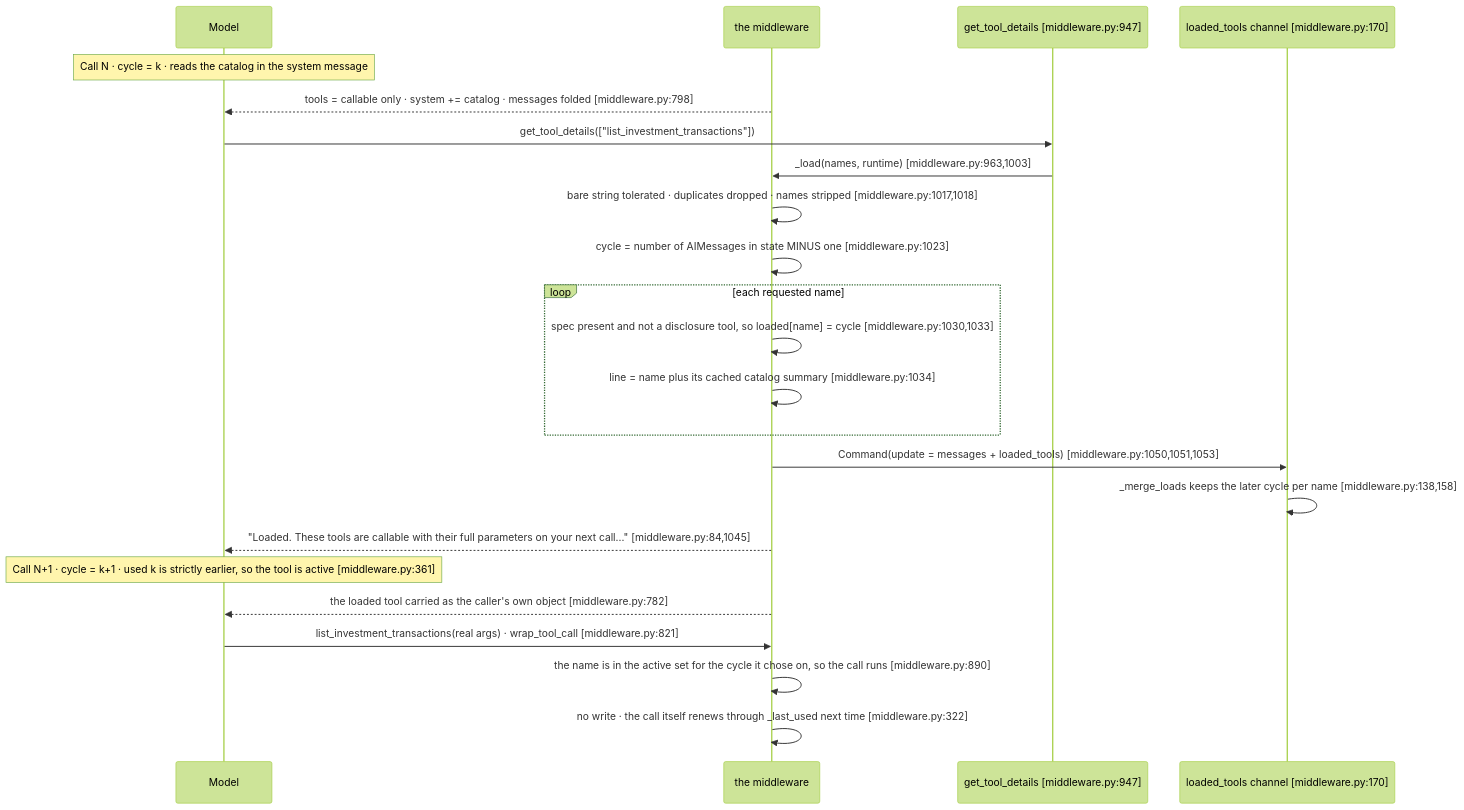
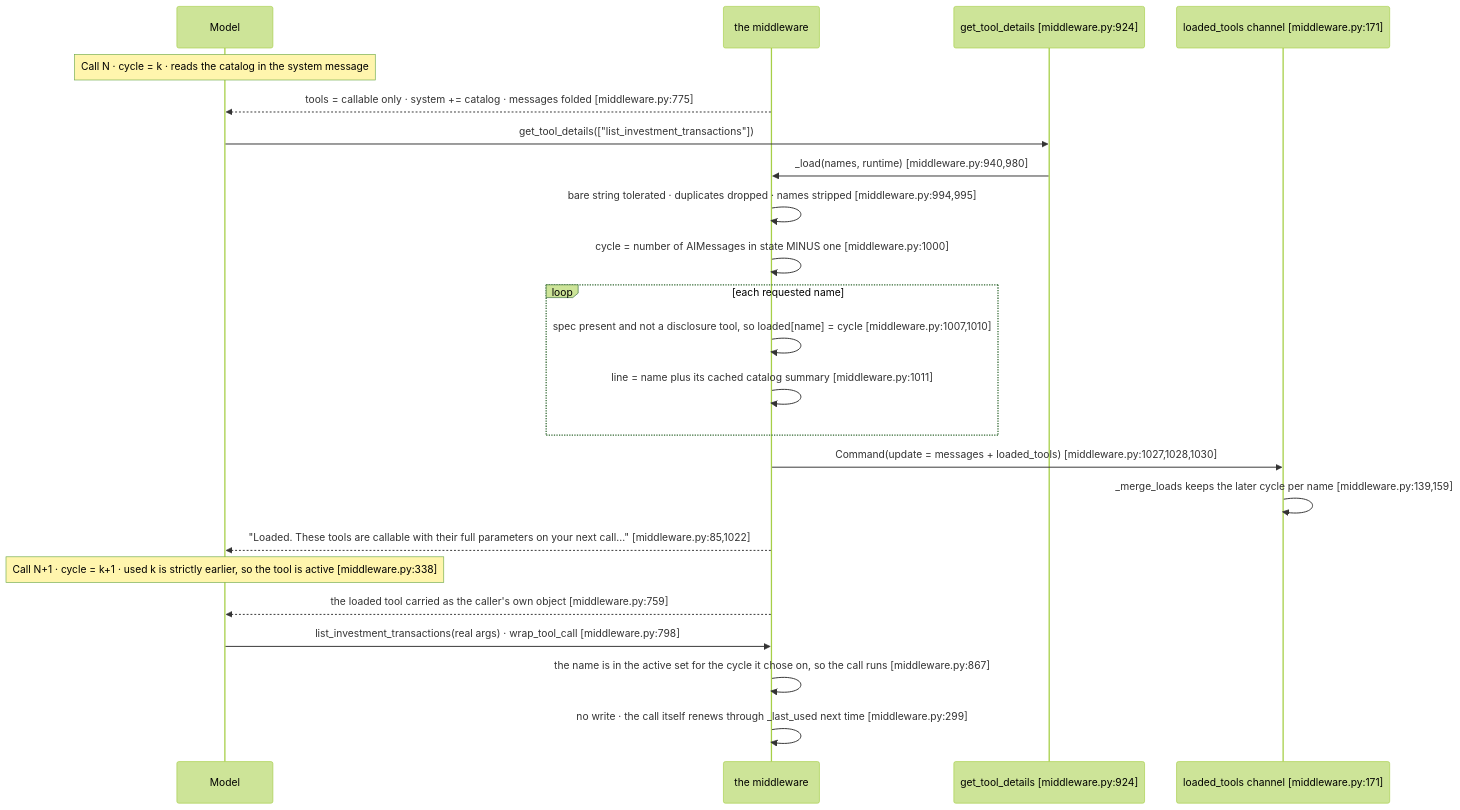
One commit to aws-samples/sample-context-engineering changed the fourth of 7 diagrams in docs/design/sequence/langgraph/sequence-b-disclosure.md. Above: the diagram before and after it, drawn with Mermaid (forest theme). The commit also changed other lines of this file and 3 other files, not shown here.

First line of the commit message:
docs(langgraph): re-point the sequence-doc refs this branch moved

````diff
--- a/docs/design/sequence/langgraph/sequence-b-disclosure.md
+++ b/docs/design/sequence/langgraph/sequence-b-disclosure.md
@@ -651,26 +651,26 @@
 ```mermaid
 sequenceDiagram
     participant Model
     participant MW as the middleware
-    participant Tool as get_tool_details [middleware.py:947]
-    participant State as loaded_tools channel [middleware.py:170]
+    participant Tool as get_tool_details [middleware.py:924]
+    participant State as loaded_tools channel [middleware.py:171]
 
     Note over Model: Call N · cycle = k · reads the catalog in the system message
-    MW-->>Model: tools = callable only · system += catalog · messages folded [middleware.py:798]
+    MW-->>Model: tools = callable only · system += catalog · messages folded [middleware.py:775]
     Model->>Tool: get_tool_details(["list_investment_transactions"])
-    Tool->>MW: _load(names, runtime) [middleware.py:963,1003]
-    MW->>MW: bare string tolerated · duplicates dropped · names stripped [middleware.py:1017,1018]
-    MW->>MW: cycle = number of AIMessages in state MINUS one [middleware.py:1023]
+    Tool->>MW: _load(names, runtime) [middleware.py:940,980]
+    MW->>MW: bare string tolerated · duplicates dropped · names stripped [middleware.py:994,995]
+    MW->>MW: cycle = number of AIMessages in state MINUS one [middleware.py:1000]
     loop each requested name
-        MW->>MW: spec present and not a disclosure tool, so loaded[name] = cycle [middleware.py:1030,1033]
-        MW->>MW: line = name plus its cached catalog summary [middleware.py:1034]
+        MW->>MW: spec present and not a disclosure tool, so loaded[name] = cycle [middleware.py:1007,1010]
+        MW->>MW: line = name plus its cached catalog summary [middleware.py:1011]
     end
-    MW->>State: Command(update = messages + loaded_tools) [middleware.py:1050,1051,1053]
-    State->>State: _merge_loads keeps the later cycle per name [middleware.py:138,158]
-    MW-->>Model: "Loaded. These tools are callable with their full parameters on your next call..." [middleware.py:84,1045]
-    Note over Model: Call N+1 · cycle = k+1 · used k is strictly earlier, so the tool is active [middleware.py:361]
-    MW-->>Model: the loaded tool carried as the caller's own object [middleware.py:782]
-    Model->>MW: list_investment_transactions(real args) · wrap_tool_call [middleware.py:821]
-    MW->>MW: the name is in the active set for the cycle it chose on, so the call runs [middleware.py:890]
-    MW->>MW: no write · the call itself renews through _last_used next time [middleware.py:322]
+    MW->>State: Command(update = messages + loaded_tools) [middleware.py:1027,1028,1030]
+    State->>State: _merge_loads keeps the later cycle per name [middleware.py:139,159]
+    MW-->>Model: "Loaded. These tools are callable with their full parameters on your next call..." [middleware.py:85,1022]
+    Note over Model: Call N+1 · cycle = k+1 · used k is strictly earlier, so the tool is active [middleware.py:338]
+    MW-->>Model: the loaded tool carried as the caller's own object [middleware.py:759]
+    Model->>MW: list_investment_transactions(real args) · wrap_tool_call [middleware.py:798]
+    MW->>MW: the name is in the active set for the cycle it chose on, so the call runs [middleware.py:867]
+    MW->>MW: no write · the call itself renews through _last_used next time [middleware.py:299]
 ```
````
